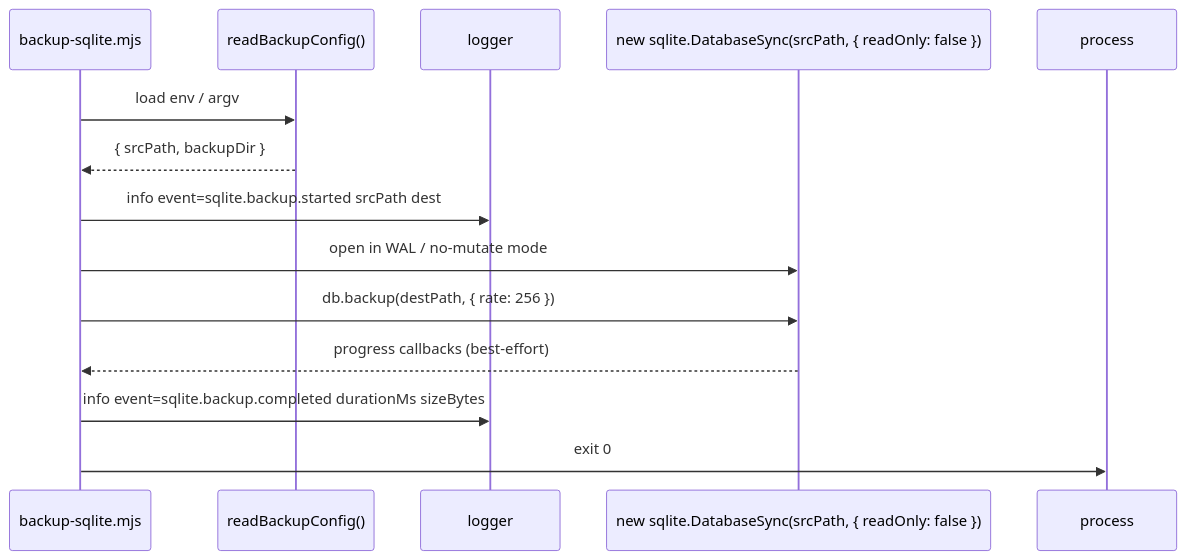
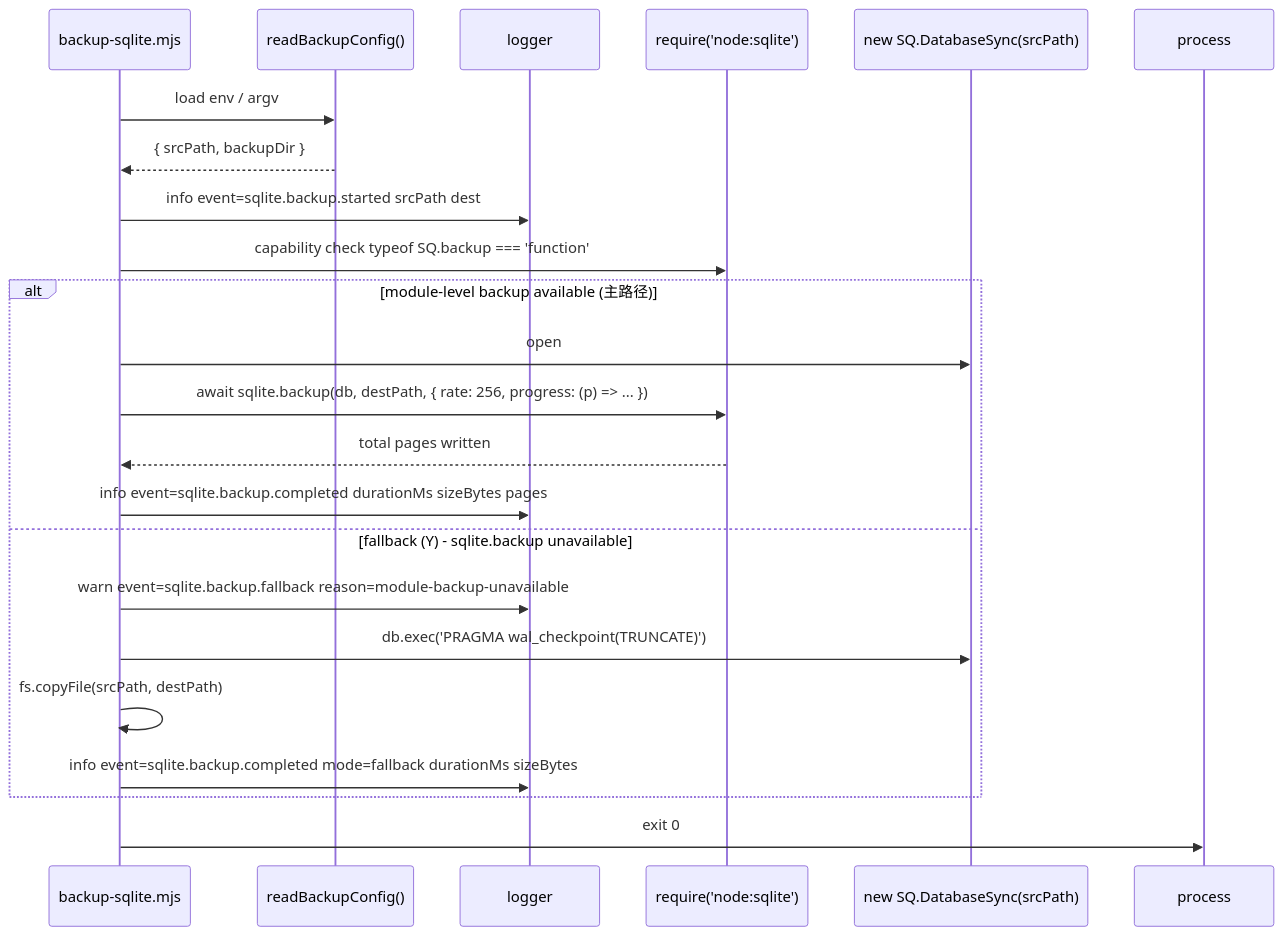
One commit to hujianbest/ins-app changed the fourth of 5 diagrams in docs/designs/2026-04-19-observability-ops-v1-design.md. Above: the diagram before and after it, drawn with Mermaid. The commit also changed other lines of this file and 3 other files, not shown here.

````diff
--- a/docs/designs/2026-04-19-observability-ops-v1-design.md
+++ b/docs/designs/2026-04-19-observability-ops-v1-design.md
@@ -226,16 +234,25 @@
 ```mermaid
 sequenceDiagram
   participant CLI as backup-sqlite.mjs
   participant CFG as readBackupConfig()
   participant LOG as logger
-  participant DB as new sqlite.DatabaseSync(srcPath, { readOnly: false })
+  participant SQ as require('node:sqlite')
+  participant DB as new SQ.DatabaseSync(srcPath)
 
   CLI->>CFG: load env / argv
   CFG-->>CLI: { srcPath, backupDir }
   CLI->>LOG: info event=sqlite.backup.started srcPath dest
-  CLI->>DB: open in WAL / no-mutate mode
-  CLI->>DB: db.backup(destPath, { rate: 256 })
-  DB-->>CLI: progress callbacks (best-effort)
-  CLI->>LOG: info event=sqlite.backup.completed durationMs sizeBytes
+  CLI->>SQ: capability check typeof SQ.backup === 'function'
+  alt module-level backup available (主路径)
+    CLI->>DB: open
+    CLI->>SQ: await sqlite.backup(db, destPath, { rate: 256, progress: (p) => ... })
+    SQ-->>CLI: total pages written
+    CLI->>LOG: info event=sqlite.backup.completed durationMs sizeBytes pages
+  else fallback (Y) - sqlite.backup unavailable
+    CLI->>LOG: warn event=sqlite.backup.fallback reason=module-backup-unavailable
+    CLI->>DB: db.exec('PRAGMA wal_checkpoint(TRUNCATE)')
+    CLI->>CLI: fs.copyFile(srcPath, destPath)
+    CLI->>LOG: info event=sqlite.backup.completed mode=fallback durationMs sizeBytes
+  end
   CLI->>process: exit 0
 ```
````
